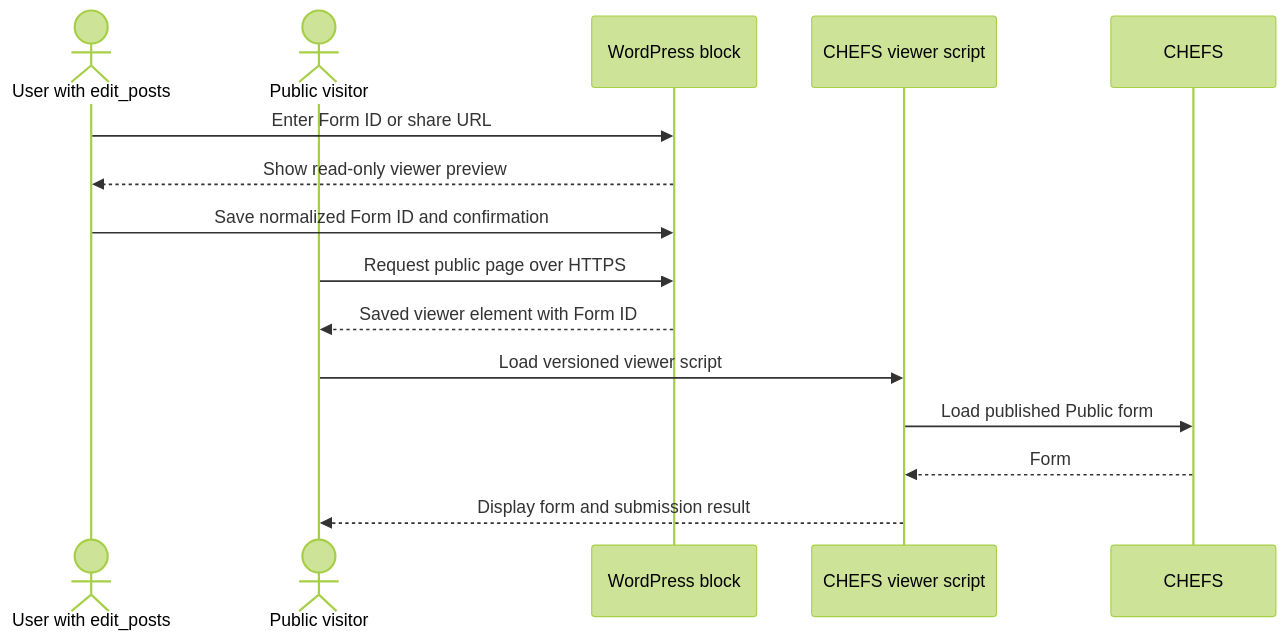
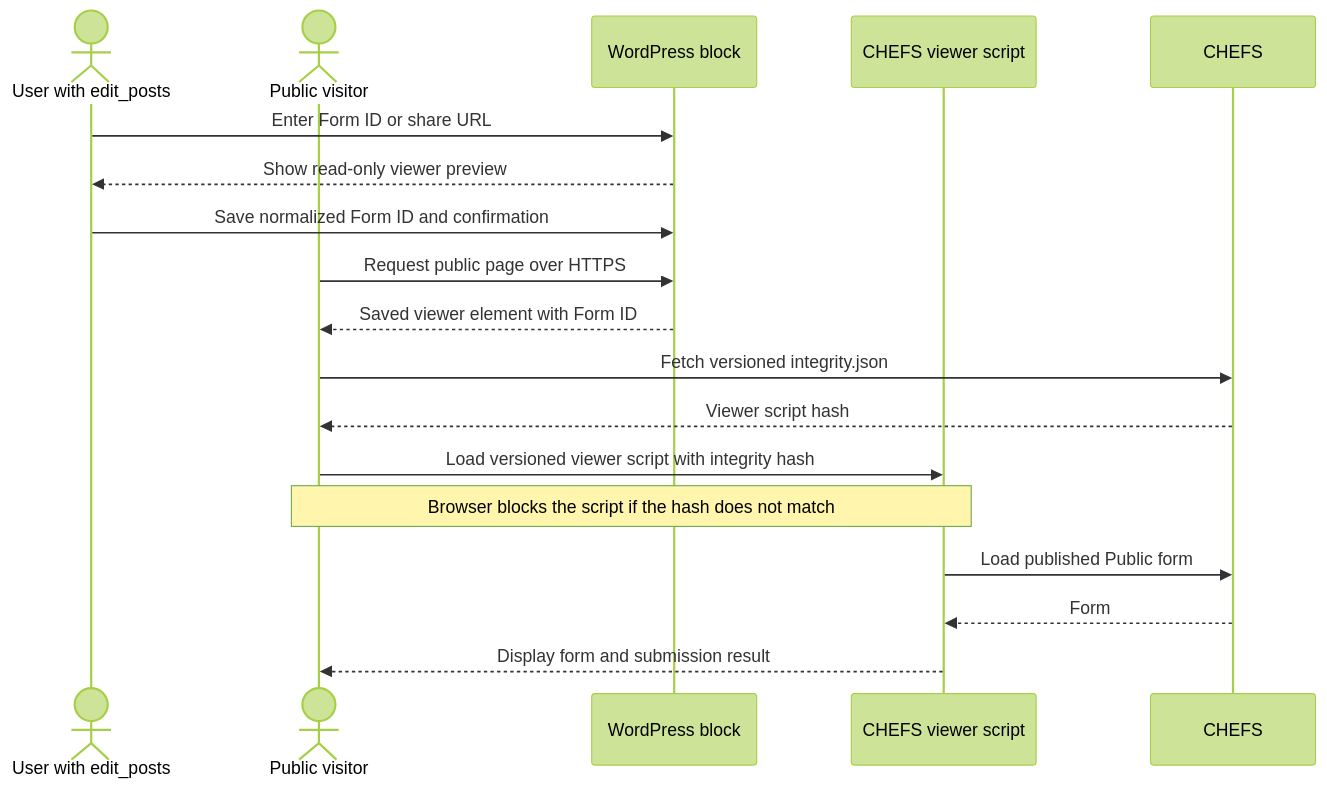
One commit to bcgov/bcew-monorepo changed the diagram in plugins/bcew-chefs-embed/docs/developer/block-architecture.md. Above: the diagram before and after it, drawn with Mermaid (forest theme). The commit also changed other lines of this file and 3 other files, not shown here.

````diff
--- a/plugins/bcew-chefs-embed/docs/developer/block-architecture.md
+++ b/plugins/bcew-chefs-embed/docs/developer/block-architecture.md
@@ -28,19 +29,22 @@
 ```mermaid
 sequenceDiagram
     actor Editor as User with edit_posts
     actor Visitor as Public visitor
     participant WP as WordPress block
     participant Viewer as CHEFS viewer script
     participant CHEFS as CHEFS
 
     Editor->>WP: Enter Form ID or share URL
     WP-->>Editor: Show read-only viewer preview
     Editor->>WP: Save normalized Form ID and confirmation
 
     Visitor->>WP: Request public page over HTTPS
     WP-->>Visitor: Saved viewer element with Form ID
-    Visitor->>Viewer: Load versioned viewer script
+    Visitor->>CHEFS: Fetch versioned integrity.json
+    CHEFS-->>Visitor: Viewer script hash
+    Visitor->>Viewer: Load versioned viewer script with integrity hash
+    Note over Visitor,Viewer: Browser blocks the script if the hash does not match
     Viewer->>CHEFS: Load published Public form
     CHEFS-->>Viewer: Form
     Viewer-->>Visitor: Display form and submission result
 ```
````
